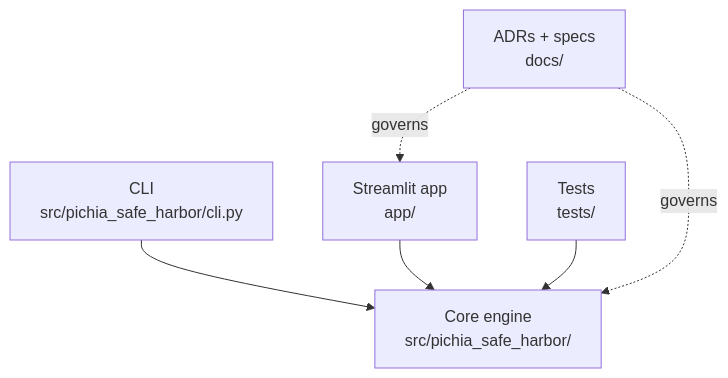
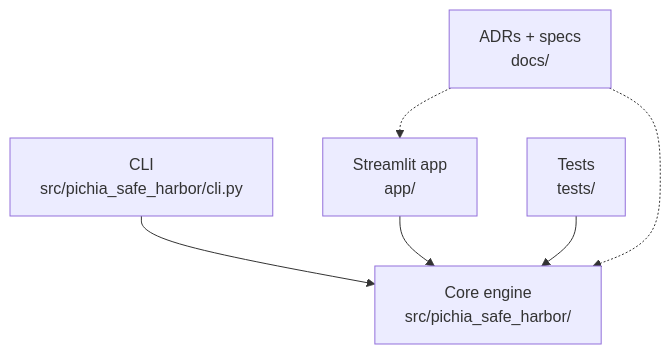
Before and after one commit to 77652189/PichiaSafeHarbor: the second of 2 diagrams in README.md, drawn with Mermaid. The commit also changed other lines of this file and 1 other file, not shown here.

Commit message:
Fix Mermaid diagrams not rendering on GitHub
Literal \n inside quoted node labels and two identically-labeled dotted
edges from the same node both trip up GitHub's mermaid renderer; switched
to <br/> line breaks (matches the working convention already used in the
user's other repos) and dropped the duplicate edge labels.

````diff
--- a/README.md
+++ b/README.md
@@ -50,14 +50,14 @@
 ```mermaid
 flowchart TD
-    CLI["CLI\nsrc/pichia_safe_harbor/cli.py"]
-    APP["Streamlit app\napp/"]
-    CORE["Core engine\nsrc/pichia_safe_harbor/"]
-    TESTS["Tests\ntests/"]
-    DOCS["ADRs + specs\ndocs/"]
+    CLI["CLI<br/>src/pichia_safe_harbor/cli.py"]
+    APP["Streamlit app<br/>app/"]
+    CORE["Core engine<br/>src/pichia_safe_harbor/"]
+    TESTS["Tests<br/>tests/"]
+    DOCS["ADRs + specs<br/>docs/"]
 
     CLI --> CORE
     APP --> CORE
     TESTS --> CORE
-    DOCS -.governs.-> CORE
-    DOCS -.governs.-> APP
+    DOCS -.-> CORE
+    DOCS -.-> APP
 ```
````
